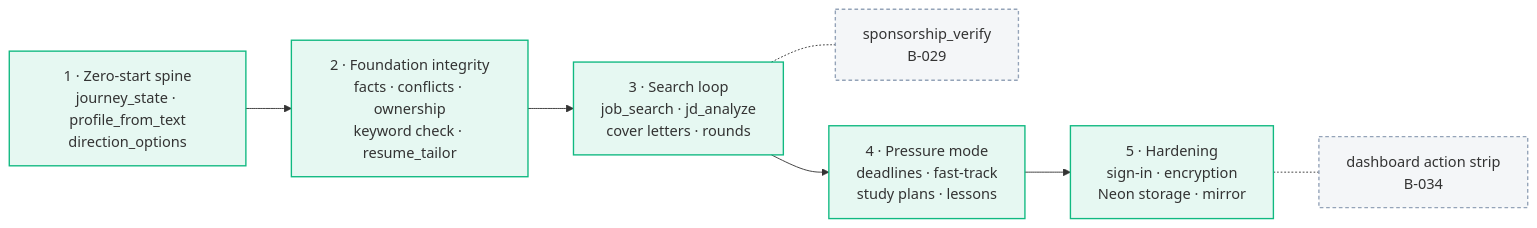
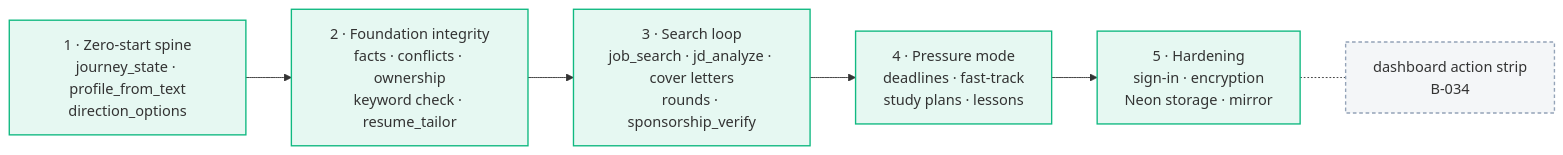
Before and after one commit to TusharSamantaray/career-copilot-mcp: the diagram in docs/SPEC.md, drawn with Mermaid. The commit also changed other lines of this file and 9 other files, not shown here.

First line of the commit message:
feat: sponsorship_verify with quoted evidence

````diff
--- a/docs/SPEC.md
+++ b/docs/SPEC.md
@@ -121,17 +121,15 @@
 ```mermaid
 flowchart LR
   classDef built fill:#10B9811A,stroke:#10B981,stroke-width:1.5px
   classDef pending fill:#94A3B81A,stroke:#94A3B8,stroke-width:1.5px,stroke-dasharray:4 3
 
   s1["1 · Zero-start spine<br/>journey_state · profile_from_text<br/>direction_options"]:::built
   s2["2 · Foundation integrity<br/>facts · conflicts · ownership<br/>keyword check · resume_tailor"]:::built
-  s3["3 · Search loop<br/>job_search · jd_analyze<br/>cover letters · rounds"]:::built
-  s3o["sponsorship_verify<br/>B-029"]:::pending
+  s3["3 · Search loop<br/>job_search · jd_analyze · cover letters<br/>rounds · sponsorship_verify"]:::built
   s4["4 · Pressure mode<br/>deadlines · fast-track<br/>study plans · lessons"]:::built
   s5["5 · Hardening<br/>sign-in · encryption<br/>Neon storage · mirror"]:::built
   s5o["dashboard action strip<br/>B-034"]:::pending
 
   s1 --> s2 --> s3 --> s4 --> s5
-  s3 -.- s3o
   s5 -.- s5o
 ```
````
